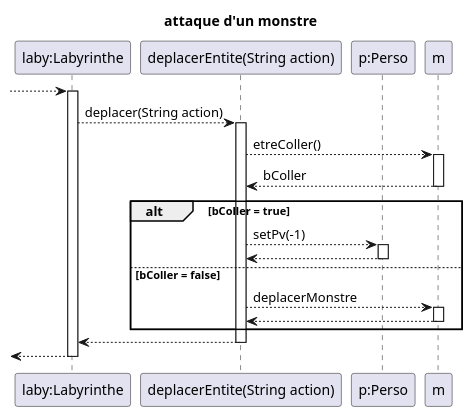
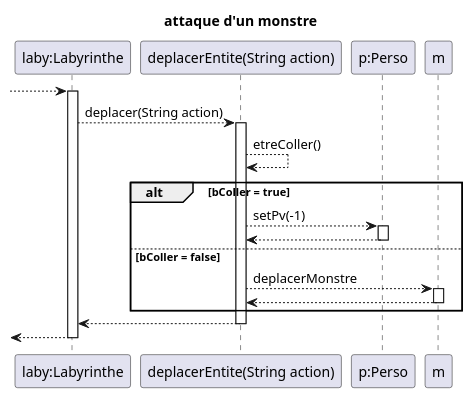
One commit to Jean-BaptisteEvan/2022_Zeldiablo_jeandidi3u_hary16u_jeanbap14u_dirand13u changed the diagram in zeldiablo/documents/version_3/DiagSeq_AttaqueMonstre.puml. Above: the diagram before and after it, drawn with PlantUML.

Commit message:
correction diagSeq de la fonctionalite attaque d un monstre

```diff
--- a/zeldiablo/documents/version_3/DiagSeq_AttaqueMonstre.puml
+++ b/zeldiablo/documents/version_3/DiagSeq_AttaqueMonstre.puml
@@ -1,35 +1,32 @@
 @startuml
 
 title attaque d'un monstre
 participant "laby:Labyrinthe" as laby
 participant "deplacerEntite(String action)" as deplacer
 --> laby
 participant "p:Perso" as perso
 activate laby
 
   laby --> deplacer : deplacer(String action)
     activate deplacer
-      deplacer  --> m : etreColler()
-          activate m
-          m --> deplacer : bColler
-          deactivate m
+      deplacer  --> deplacer : etreColler()
       alt bColler = true
 
         deplacer --> perso : setPv(-1)
         activate perso
         perso --> deplacer
         deactivate perso
       else bColler = false
         deplacer --> m : deplacerMonstre
         activate m
         m --> deplacer
         deactivate m
 
       end
       laby <-- deplacer
     deactivate deplacer
   <-- laby
 deactivate laby
 
 
 @enduml
```
